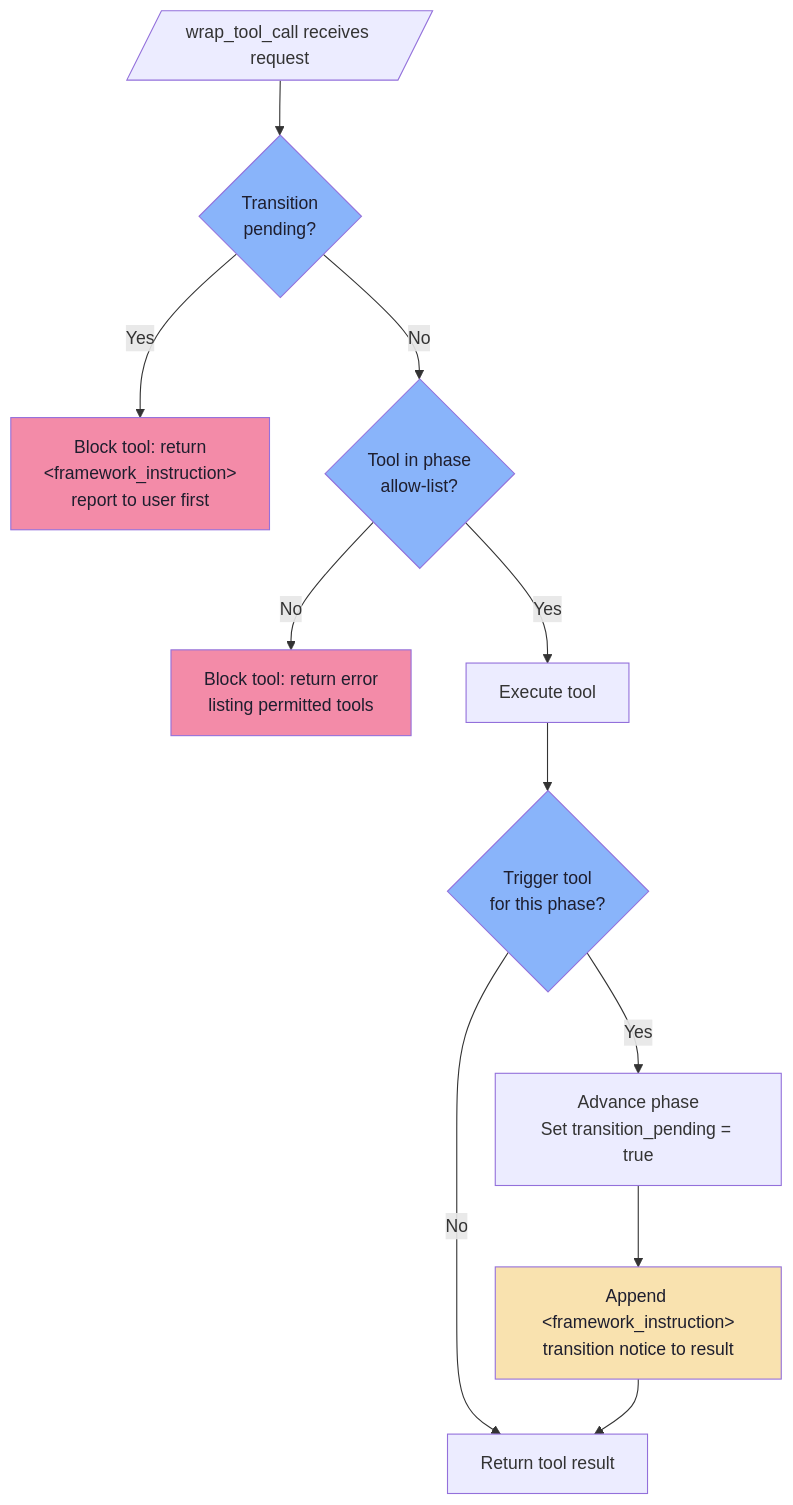
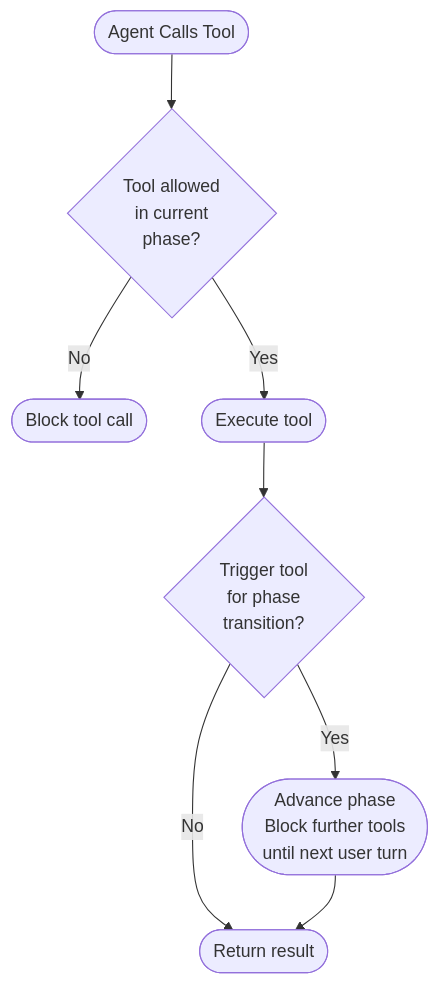
The second of 3 diagrams in python/behavior-steering-middleware/src/bsm_examples/phase_steering/DIAGRAM.md (johnsosoka/code-examples), drawn with Mermaid before and after one commit. The commit also changed other lines of this file and 8 other files, not shown here.

First line of the commit message:
docs: simplify diagrams to match sketch style, fix blog post accuracy

````diff
--- a/python/behavior-steering-middleware/src/bsm_examples/phase_steering/DIAGRAM.md
+++ b/python/behavior-steering-middleware/src/bsm_examples/phase_steering/DIAGRAM.md
@@ -19,25 +13,10 @@
 ```mermaid
 flowchart TD
-    A[/"wrap_tool_call receives request"/] --> B{"Transition<br/>pending?"}
-
-    B -- Yes --> C["Block tool: return<br/>&lt;framework_instruction&gt;<br/>report to user first"]
-
-    B -- No --> D{"Tool in phase<br/>allow-list?"}
-    D -- No --> E["Block tool: return error<br/>listing permitted tools"]
-
-    D -- Yes --> F[Execute tool]
-    F --> G{"Trigger tool<br/>for this phase?"}
-
-    G -- Yes --> H["Advance phase<br/>Set transition_pending = true"]
-    H --> I["Append &lt;framework_instruction&gt;<br/>transition notice to result"]
-
-    G -- No --> J[Return tool result]
-    I --> J
-
-    style B fill:#89b4fa,color:#1e1e2e
-    style D fill:#89b4fa,color:#1e1e2e
-    style G fill:#89b4fa,color:#1e1e2e
-    style C fill:#f38ba8,color:#1e1e2e
-    style E fill:#f38ba8,color:#1e1e2e
-    style I fill:#f9e2af,color:#1e1e2e
+    A(["Agent Calls Tool"]) --> B{"Tool allowed<br/>in current<br/>phase?"}
+    B -- No --> C(["Block tool call"])
+    B -- Yes --> D(["Execute tool"])
+    D --> E{"Trigger tool<br/>for phase<br/>transition?"}
+    E -- No --> F(["Return result"])
+    E -- Yes --> G(["Advance phase<br/>Block further tools<br/>until next user turn"])
+    G --> F
 ```
````
